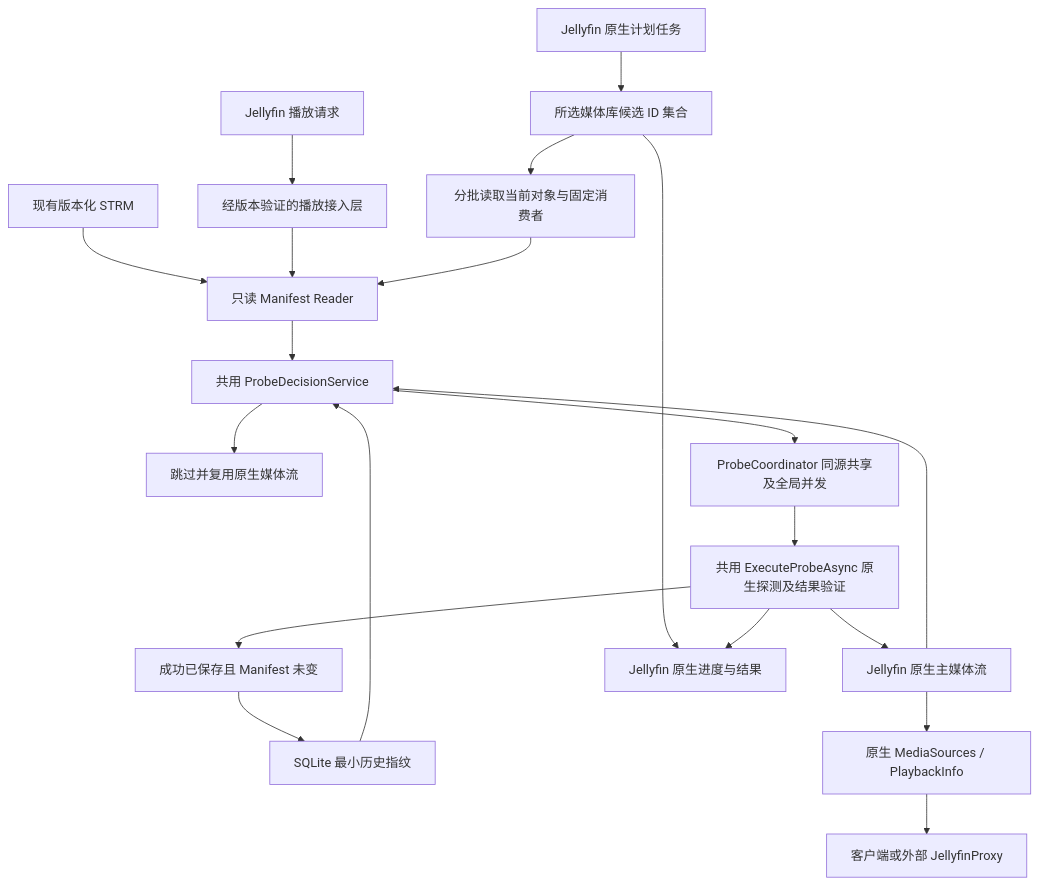
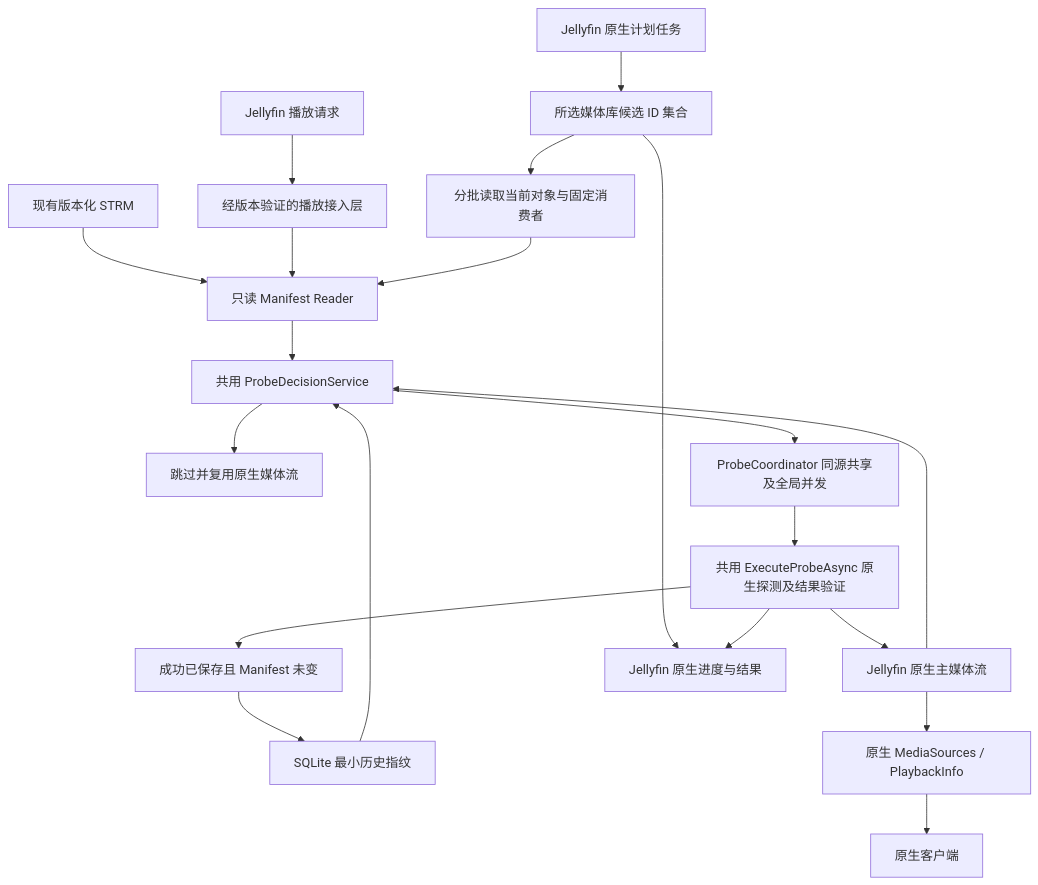
The diagram in docs/architecture.md (kentinya/jellyfin-strm-probe), drawn with Mermaid before and after one commit. The commit also changed other lines of this file and 15 other files, not shown here.

Commit message:
docs: withdraw JellyfinProxy acceptance from Slice 4 by user authorization

````diff
--- a/docs/architecture.md
+++ b/docs/architecture.md
@@ -39,22 +39,22 @@
 ```mermaid
 flowchart TD
     A[现有版本化 STRM] --> R[只读 Manifest Reader]
     P[Jellyfin 播放请求] --> I[经版本验证的播放接入层]
     T[Jellyfin 原生计划任务] --> Q[所选媒体库候选 ID 集合]
     Q --> W[分批读取当前对象与固定消费者]
     I --> R
     W --> R
     R --> D[共用 ProbeDecisionService]
     F[SQLite 最小历史指纹] --> D
     N[Jellyfin 原生主媒体流] --> D
     D --> S[跳过并复用原生媒体流]
     D --> C[ProbeCoordinator 同源共享及全局并发]
     C --> E[共用 ExecuteProbeAsync 原生探测及结果验证]
     E --> N
     E --> V[成功已保存且 Manifest 未变]
     V --> F
     N --> B[原生 MediaSources / PlaybackInfo]
-    B --> U[客户端或外部 JellyfinProxy]
+    B --> U[原生客户端]
     Q --> G[Jellyfin 原生进度与结果]
     E --> G
 ```
````
